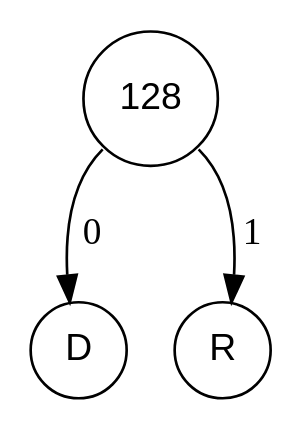
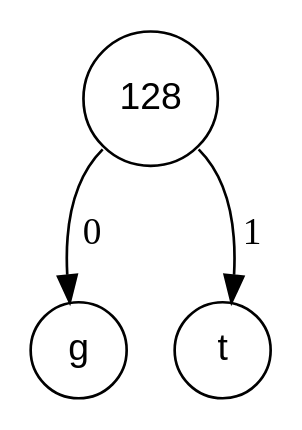
One commit to Procuste34/codage_huffman_c changed the diagram in fichiers_viz/arbre_codage_etape_1.dot. Above: the diagram before and after it, drawn with Graphviz. The commit also changed 22 other files, not shown here.

```diff
--- a/fichiers_viz/arbre_codage_etape_1.dot
+++ b/fichiers_viz/arbre_codage_etape_1.dot
@@ -1,8 +1,8 @@
 digraph POT_test {
 node [fontname="Arial", shape="circle", width=0.5];
 128 [label = "128"]
-68 [label = "D"]
-82 [label = "R"]
-128:sw -> 68 [label = " 0"]
-128:se -> 82 [label = " 1"]
+103 [label = "g"]
+116 [label = "t"]
+128:sw -> 103 [label = " 0"]
+128:se -> 116 [label = " 1"]
 }
```
